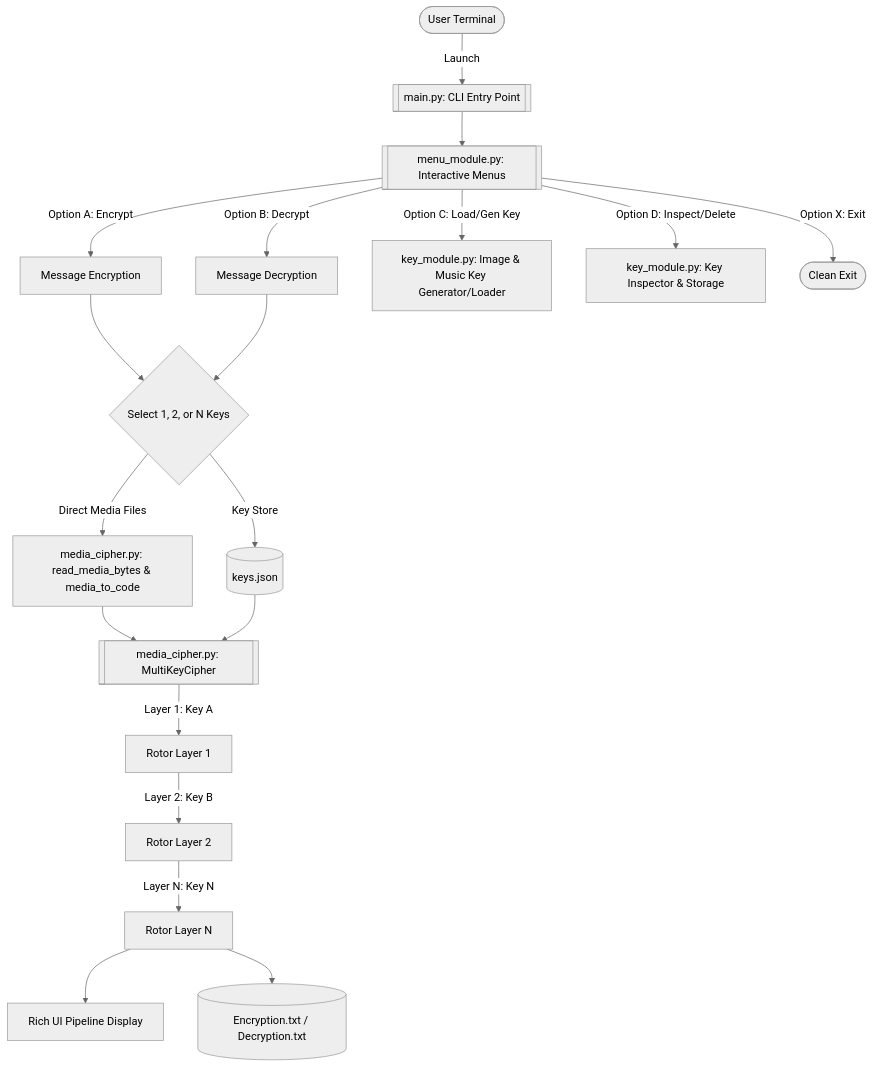
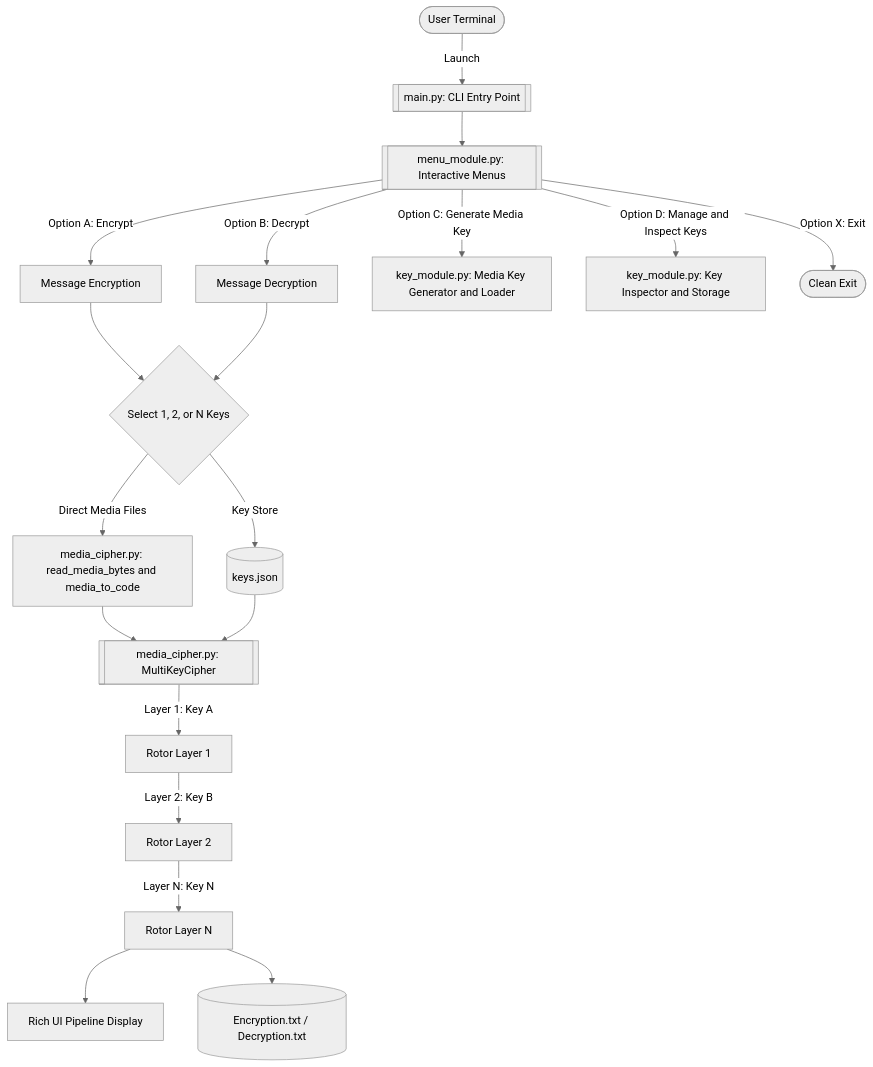
The diagram in README.md (dnzdaorick/Enigma), drawn with Mermaid (neutral theme) before and after one commit. The commit also changed other lines of this file, not shown here.

````diff
--- a/README.md
+++ b/README.md
@@ -163,28 +163,27 @@
 ```mermaid
 flowchart TD
-    User([User Terminal]) -->|Launch| Main[[main.py: CLI Entry Point]]
-    Main --> MenuModule[[menu_module.py: Interactive Menus]]
+    User(["User Terminal"]) -->|"Launch"| Main[["main.py: CLI Entry Point"]]
+    Main --> MenuModule[["menu_module.py: Interactive Menus"]]
     
-    MenuModule -->|Option A: Encrypt| EncryptFlow[Message Encryption]
-    MenuModule -->|Option B: Decrypt| DecryptFlow[Message Decryption]
-    MenuModule -->|Option C: Load/Gen Key| KeyGen[key_module.py: Image & Music Key Generator/Loader]
-    MenuModule -->|Option D: Inspect/Delete| KeyMgmt[key_module.py: Key Inspector & Storage]
-    MenuModule -->|Option X: Exit| ExitApp([Clean Exit])
+    MenuModule -->|"Option A: Encrypt"| EncryptFlow["Message Encryption"]
+    MenuModule -->|"Option B: Decrypt"| DecryptFlow["Message Decryption"]
+    MenuModule -->|"Option C: Generate Media Key"| KeyGen["key_module.py: Media Key Generator and Loader"]
+    MenuModule -->|"Option D: Manage and Inspect Keys"| KeyMgmt["key_module.py: Key Inspector and Storage"]
+    MenuModule -->|"Option X: Exit"| ExitApp(["Clean Exit"])
 
-    EncryptFlow --> KeySelect{Select 1, 2, or N Keys}
+    EncryptFlow --> KeySelect{"Select 1, 2, or N Keys"}
     DecryptFlow --> KeySelect
 
-
-    KeySelect -->|Key Store| KeyStore[(keys.json)]
-    KeySelect -->|Direct Media Files| MediaReader[media_cipher.py: read_media_bytes & media_to_code]
+    KeySelect -->|"Key Store"| KeyStore[("keys.json")]
+    KeySelect -->|"Direct Media Files"| MediaReader["media_cipher.py: read_media_bytes and media_to_code"]
     
-    MediaReader --> CipherEngine[[media_cipher.py: MultiKeyCipher]]
+    MediaReader --> CipherEngine[["media_cipher.py: MultiKeyCipher"]]
     KeyStore --> CipherEngine
     
-    CipherEngine -->|Layer 1: Key A| L1[Rotor Layer 1]
-    L1 -->|Layer 2: Key B| L2[Rotor Layer 2]
-    L2 -->|Layer N: Key N| LN[Rotor Layer N]
+    CipherEngine -->|"Layer 1: Key A"| L1["Rotor Layer 1"]
+    L1 -->|"Layer 2: Key B"| L2["Rotor Layer 2"]
+    L2 -->|"Layer N: Key N"| LN["Rotor Layer N"]
     
-    LN --> Results[Rich UI Pipeline Display]
-    LN --> Logs[(Encryption.txt / Decryption.txt)]
+    LN --> Results["Rich UI Pipeline Display"]
+    LN --> Logs[("Encryption.txt / Decryption.txt")]
 ```
````
